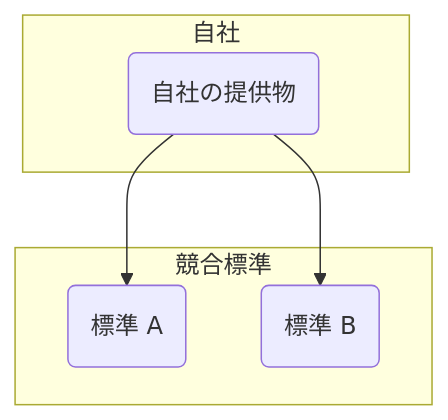
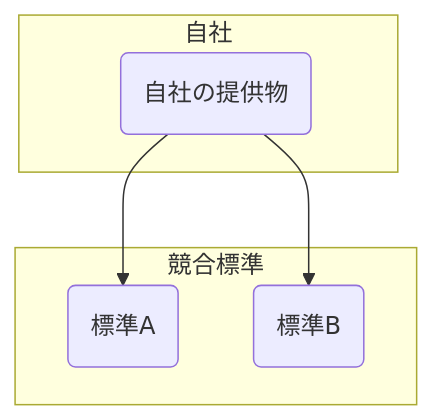
The diagram in docs/strategies/attacking/playing-both-sides/index.md (wardley-leadership-strategies-ja/wardley-leadership-strategies-ja.github.io), drawn with Mermaid before and after one commit. The commit also changed other lines of this file and 8 other files, not shown here.

````diff
--- a/docs/strategies/attacking/playing-both-sides/index.md
+++ b/docs/strategies/attacking/playing-both-sides/index.md
@@ -66,12 +66,12 @@
 ```mermaid
 graph TD
   subgraph 自社
     A(自社の提供物)
   end
   subgraph 競合標準
-    B(標準 A)
-    C(標準 B)
+    B(標準A)
+    C(標準B)
   end
   A --> B
   A --> C
 ```
````
